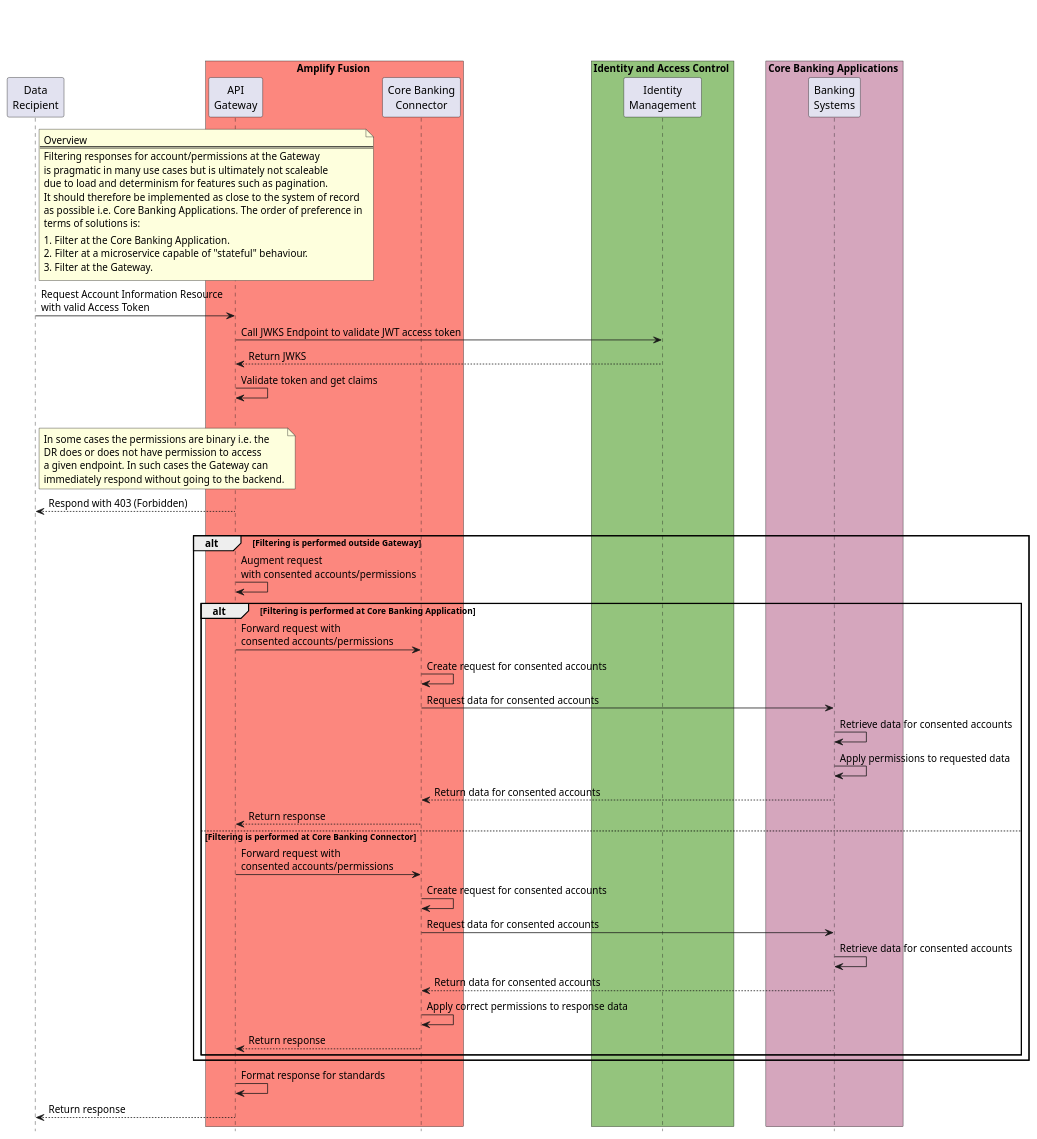
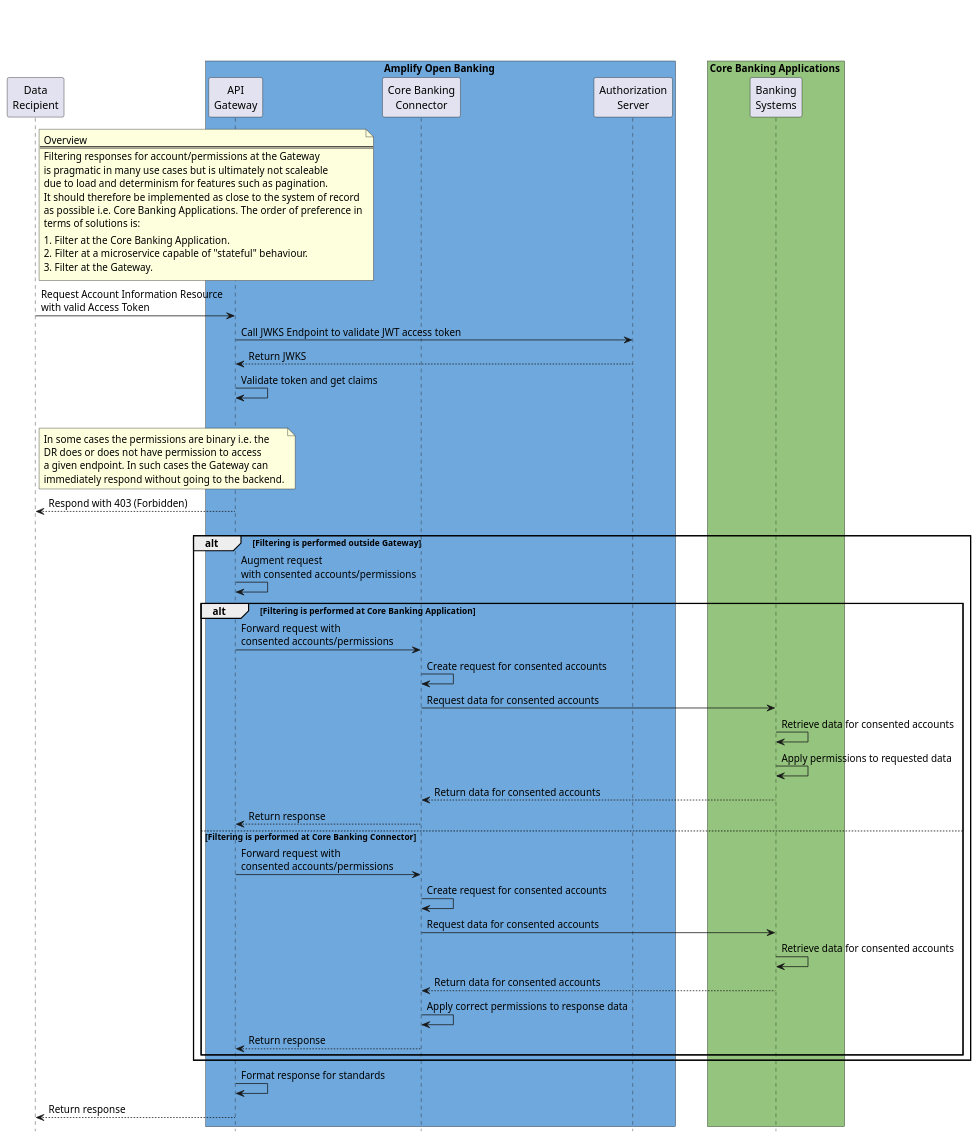
One commit to Axway/open-banking-docs changed the diagram in src/plant-uml/user-consent-filtering-arch-overview.puml. Above: the diagram before and after it, drawn with PlantUML. The commit also changed 7 other files, not shown here.

```diff
--- a/src/plant-uml/user-consent-filtering-arch-overview.puml
+++ b/src/plant-uml/user-consent-filtering-arch-overview.puml
@@ -1,87 +1,85 @@
 @startuml Applying_Consent_Sequence
 
 title \n\n
 
 participant "Data\nRecipient" as DR
 
-box Amplify Fusion #fc877e
+box Amplify Open Banking #6FA8DC
 participant "API\nGateway" as API_GATEWAY
 participant "Core Banking\nConnector" as CBC
+participant "Authorization\nServer" as IAM
 end box
 
-box Identity and Access Control #94c47d
-participant "Identity\nManagement" as IAM
-end box
 
-box Core Banking Applications #d5a6bd
+box Core Banking Applications #94c47d
 participant "Banking\nSystems" as ASPSP_API
 end box
 
 hide footbox
 
 skinparam BoxPadding 20
 
 note right of DR
 Overview
 ===
 Filtering responses for account/permissions at the Gateway
 is pragmatic in many use cases but is ultimately not scaleable
 due to load and determinism for features such as pagination.
 It should therefore be implemented as close to the system of record
 as possible i.e. Core Banking Applications. The order of preference in
 terms of solutions is:
 |||
 1. Filter at the Core Banking Application.
 2. Filter at a microservice capable of "stateful" behaviour.
 3. Filter at the Gateway.
 end note
 
 DR -> API_GATEWAY: Request Account Information Resource\nwith valid Access Token
 
 API_GATEWAY -> IAM: Call JWKS Endpoint to validate JWT access token
 API_GATEWAY <-- IAM: Return JWKS
 API_GATEWAY -> API_GATEWAY: Validate token and get claims
 
 alt DR does not have Consent for the requested account or resource
 
 note right of DR
 In some cases the permissions are binary i.e. the
 DR does or does not have permission to access
 a given endpoint. In such cases the Gateway can
 immediately respond without going to the backend.
 end note
 
 DR <-- API_GATEWAY: Respond with 403 (Forbidden)
 
 else DR has Consent to access requested resource
 
 alt Filtering is performed outside Gateway
 API_GATEWAY -> API_GATEWAY: Augment request\nwith consented accounts/permissions
 
 alt Filtering is performed at Core Banking Application
 
 API_GATEWAY -> CBC: Forward request with\nconsented accounts/permissions
 CBC -> CBC: Create request for consented accounts
 CBC -> ASPSP_API: Request data for consented accounts
 ASPSP_API -> ASPSP_API: Retrieve data for consented accounts
 ASPSP_API -> ASPSP_API: Apply permissions to requested data
 CBC <-- ASPSP_API: Return data for consented accounts
 API_GATEWAY <-- CBC: Return response
 
 else Filtering is performed at Core Banking Connector
 
 API_GATEWAY -> CBC: Forward request with\nconsented accounts/permissions
 CBC -> CBC: Create request for consented accounts
 CBC -> ASPSP_API: Request data for consented accounts
 ASPSP_API -> ASPSP_API: Retrieve data for consented accounts
 CBC <-- ASPSP_API: Return data for consented accounts
 CBC -> CBC: Apply correct permissions to response data
 API_GATEWAY <-- CBC: Return response
 
 end alt
 end alt
 
 API_GATEWAY -> API_GATEWAY: Format response for standards
 DR <-- API_GATEWAY: Return response
 
 @enduml
```
